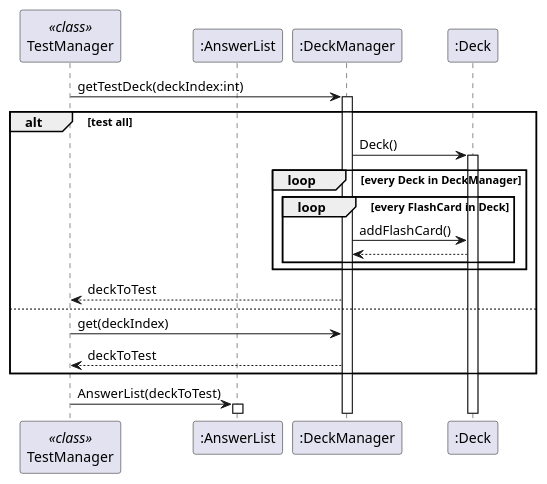
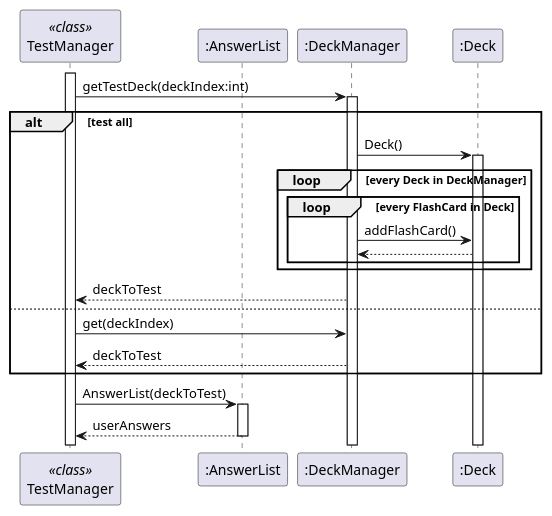
Before and after one commit to xkisxk/tp: the diagram in docs/uml/getTestDeckSequenceDiagram.puml, drawn with PlantUML. The commit also changed 7 other files, not shown here.

```diff
--- a/docs/uml/getTestDeckSequenceDiagram.puml
+++ b/docs/uml/getTestDeckSequenceDiagram.puml
@@ -1,28 +1,34 @@
 @startuml
 participant "TestManager" as TestManager << class >>
 participant ":AnswerList" as AnswerList
 participant ":DeckManager" as DeckManager
 participant ":Deck" as Deck
+
+activate TestManager
 
 TestManager -> DeckManager : getTestDeck(deckIndex:int)
 activate DeckManager
 
 alt test all
 DeckManager -> Deck : Deck()
 activate Deck
 loop every Deck in DeckManager
 loop every FlashCard in Deck
 DeckManager -> Deck : addFlashCard()
 Deck --> DeckManager
 end
 end
 DeckManager --> TestManager : deckToTest
 
 else
 TestManager -> DeckManager : get(deckIndex)
 DeckManager --> TestManager : deckToTest
 end
 
 TestManager -> AnswerList : AnswerList(deckToTest)
 activate AnswerList
+
+TestManager <-- AnswerList : userAnswers
+deactivate AnswerList
+
 @enduml
```
